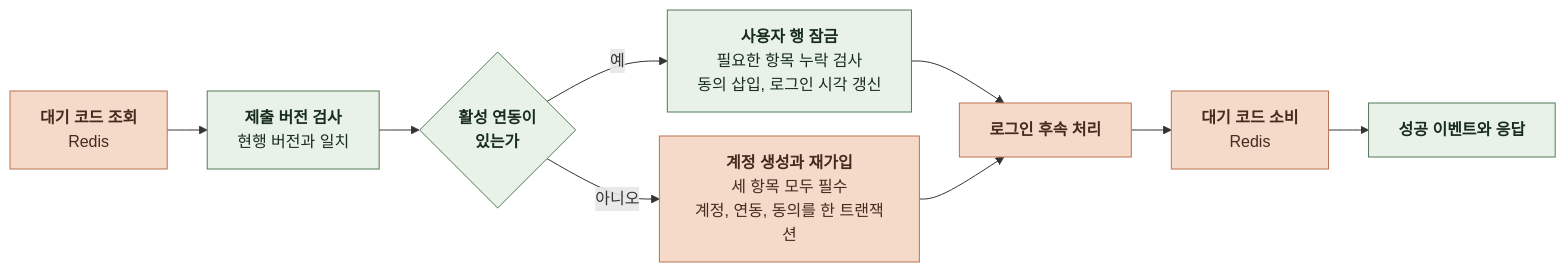
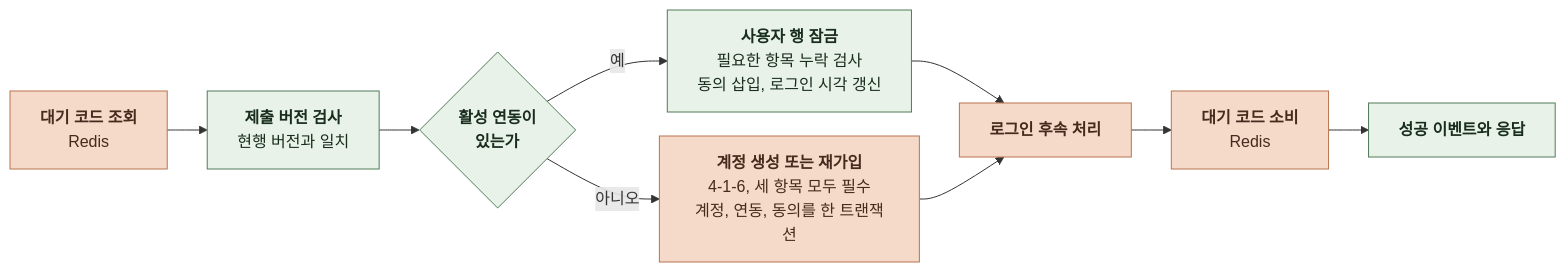
One commit to KIM-N-KANG/knk-harness changed the second of 16 diagrams in docs/domain/ACCOUNT/BACKEND/4-1-PIPELINES.md. Above: the diagram before and after it, drawn with Mermaid. The commit also changed other lines of this file, not shown here.

Commit message:
[KNK-1661] Docs: 로그인 흐름도의 계정 생성 분기 표현 명확화

````diff
--- a/docs/domain/ACCOUNT/BACKEND/4-1-PIPELINES.md
+++ b/docs/domain/ACCOUNT/BACKEND/4-1-PIPELINES.md
@@ -73,24 +73,24 @@
 ```mermaid
 %%{init: {"flowchart": {"curve": "basis", "nodeSpacing": 24, "rankSpacing": 40}}}%%
 flowchart LR
     A["`**대기 코드 조회**
 Redis`"] --> B["`**제출 버전 검사**
 현행 버전과 일치`"]
     B --> C{"`**활성 연동이
 있는가**`"}
     C -->|예| D["`**사용자 행 잠금**
 필요한 항목 누락 검사
 동의 삽입, 로그인 시각 갱신`"]
-    C -->|아니오| E["`**계정 생성과 재가입**
-세 항목 모두 필수
+    C -->|아니오| E["`**계정 생성 또는 재가입**
+4-1-6, 세 항목 모두 필수
 계정, 연동, 동의를 한 트랜잭션`"]
     D --> F["`**로그인 후속 처리**`"]
     E --> F
     F --> G["`**대기 코드 소비**
 Redis`"]
     G --> H["`**성공 이벤트와 응답**`"]
     classDef comp fill:#E8F2E8,stroke:#527A59,color:#182D1D
     classDef task fill:#F5D9C9,stroke:#B97450,color:#452B1D
     class B,C,D,H comp
     class A,E,F,G task
 ```
````
